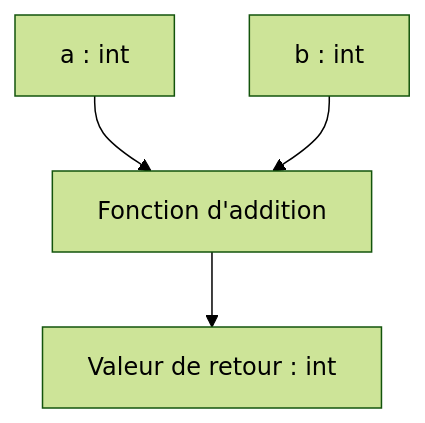
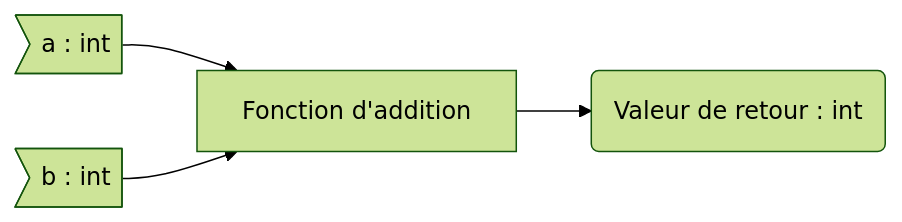
The diagram in DEV/2. Les fonctions/1. Les fonctions en général.md (Altaks/Cours-IUT), drawn with Mermaid (forest theme) before and after one commit. The commit also changed other lines of this file and 31 other files, not shown here.

````diff
--- a/DEV/2. Les fonctions/1. Les fonctions en général.md
+++ b/DEV/2. Les fonctions/1. Les fonctions en général.md
@@ -31,6 +43,6 @@
 ```mermaid
-graph TD;
-    A[a : int]-->C
-    B[b : int]-->C
-    C[Fonction d'addition]-->D[Valeur de retour : int]
+graph LR;
+    A>a : int]-->C
+    B>b : int]-->C
+    C[Fonction d'addition]-->D(Valeur de retour : int)
 ```
````
